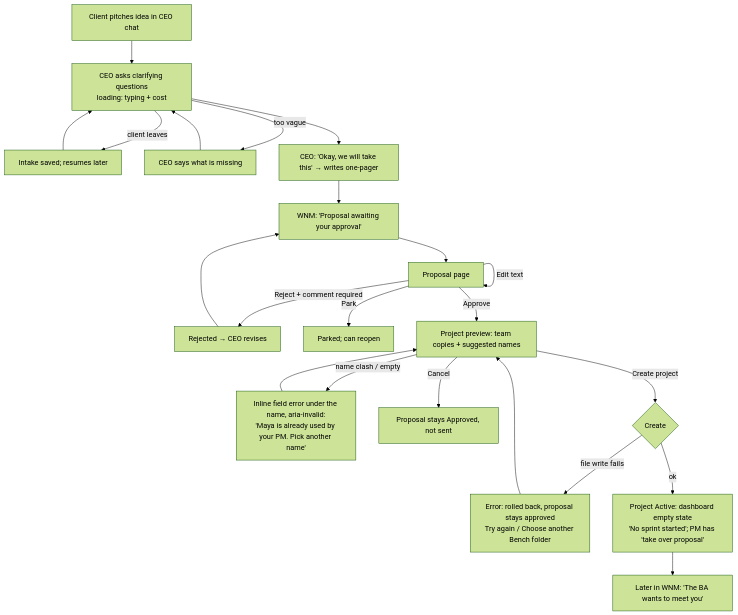
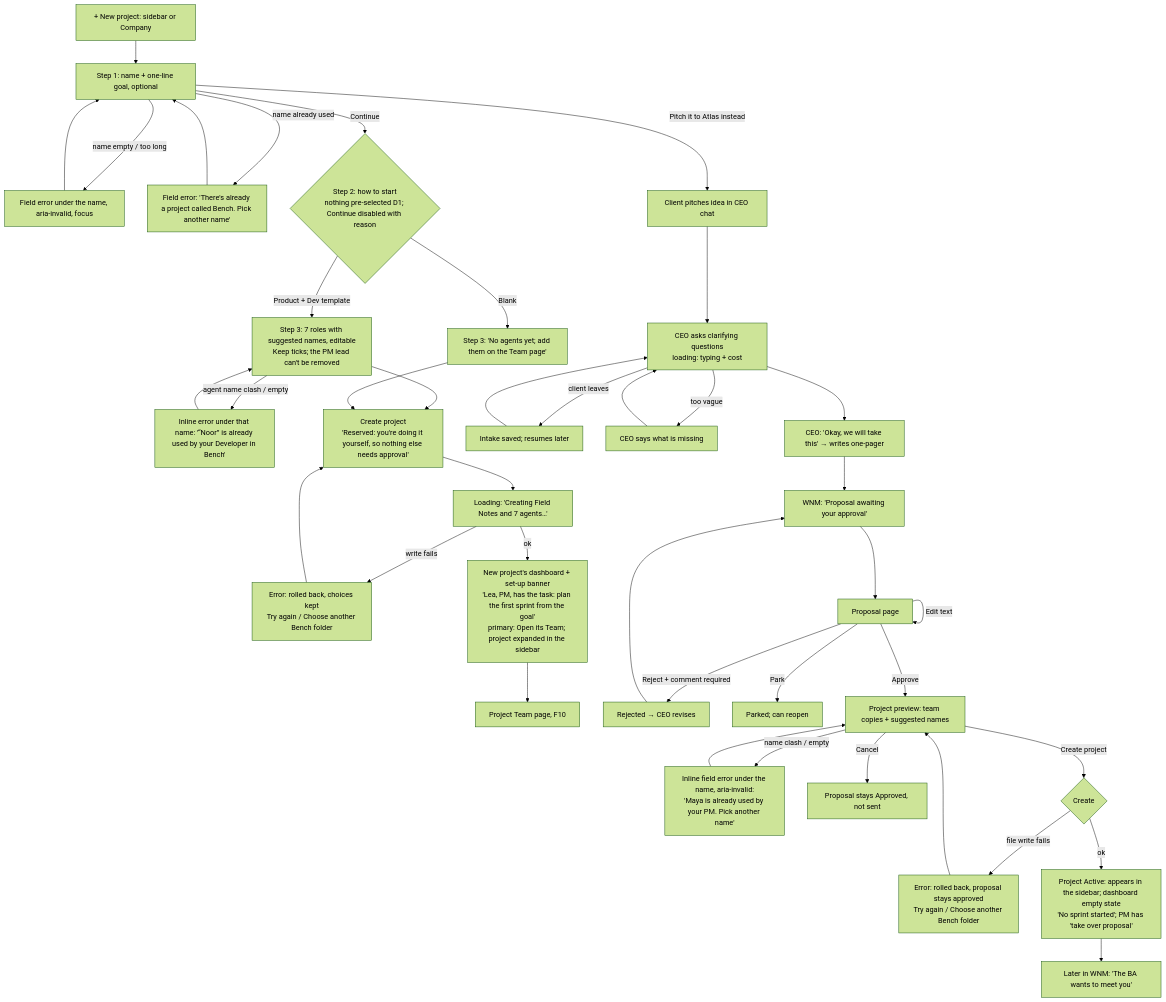
Before and after one commit to Majd-Alhakim/bench: the third of 12 diagrams in docs/design/ux/README.md, drawn with Mermaid (forest theme). The commit also changed other lines of this file and 3 other files, not shown here.

````diff
--- a/docs/design/ux/README.md
+++ b/docs/design/ux/README.md
@@ -193,19 +223,33 @@
 ```mermaid
 flowchart TD
+  N0[+ New project: sidebar or Company] --> N1[Step 1: name + one-line goal, optional]
+  N1 -->|name empty / too long| NE1[Field error under the name, aria-invalid, focus] --> N1
+  N1 -->|name already used| NE2[Field error: 'There's already a project called Bench. Pick another name'] --> N1
+  N1 -->|Pitch it to Atlas instead| A
+  N1 -->|Continue| N2{Step 2: how to start<br/>nothing pre-selected D1; Continue disabled with reason}
+  N2 -->|Product + Dev template| N3[Step 3: 7 roles with suggested names, editable<br/>Keep ticks; the PM lead can't be removed]
+  N2 -->|Blank| N3B[Step 3: 'No agents yet; add them on the Team page']
+  N3 -->|agent name clash / empty| NE3[Inline error under that name: '“Noor” is already used by your Developer in Bench'] --> N3
+  N3 --> NC[Create project<br/>'Reserved: you're doing it yourself, so nothing else needs approval']
+  N3B --> NC
+  NC --> NL[Loading: 'Creating Field Notes and 7 agents…']
+  NL -->|write fails| NE4[Error: rolled back, choices kept<br/>Try again / Choose another Bench folder] --> NC
+  NL -->|ok| ND[New project's dashboard + set-up banner<br/>'Lea, PM, has the task: plan the first sprint from the goal'<br/>primary: Open its Team; project expanded in the sidebar]
+  ND --> NT[Project Team page, F10]
   A[Client pitches idea in CEO chat] --> B[CEO asks clarifying questions<br/>loading: typing + cost]
   B -->|client leaves| B2[Intake saved; resumes later] --> B
   B -->|too vague| E1[CEO says what is missing] --> B
   B --> C[CEO: 'Okay, we will take this' → writes one-pager]
   C --> D[WNM: 'Proposal awaiting your approval']
   D --> P[Proposal page]
   P -->|Reject + comment required| R[Rejected → CEO revises] --> D
   P -->|Edit text| P
   P -->|Park| K[Parked; can reopen]
   P -->|Approve| V[Project preview: team copies + suggested names]
   V -->|name clash / empty| E2[Inline field error under the name, aria-invalid:<br/>'Maya is already used by your PM. Pick another name'] --> V
   V -->|Cancel| A2[Proposal stays Approved, not sent]
   V -->|Create project| X{Create}
   X -->|file write fails| E3[Error: rolled back, proposal stays approved<br/>Try again / Choose another Bench folder] --> V
-  X -->|ok| Y[Project Active: dashboard empty state<br/>'No sprint started'; PM has 'take over proposal']
+  X -->|ok| Y[Project Active: appears in the sidebar; dashboard empty state<br/>'No sprint started'; PM has 'take over proposal']
   Y --> Z[Later in WNM: 'The BA wants to meet you']
 ```
````
